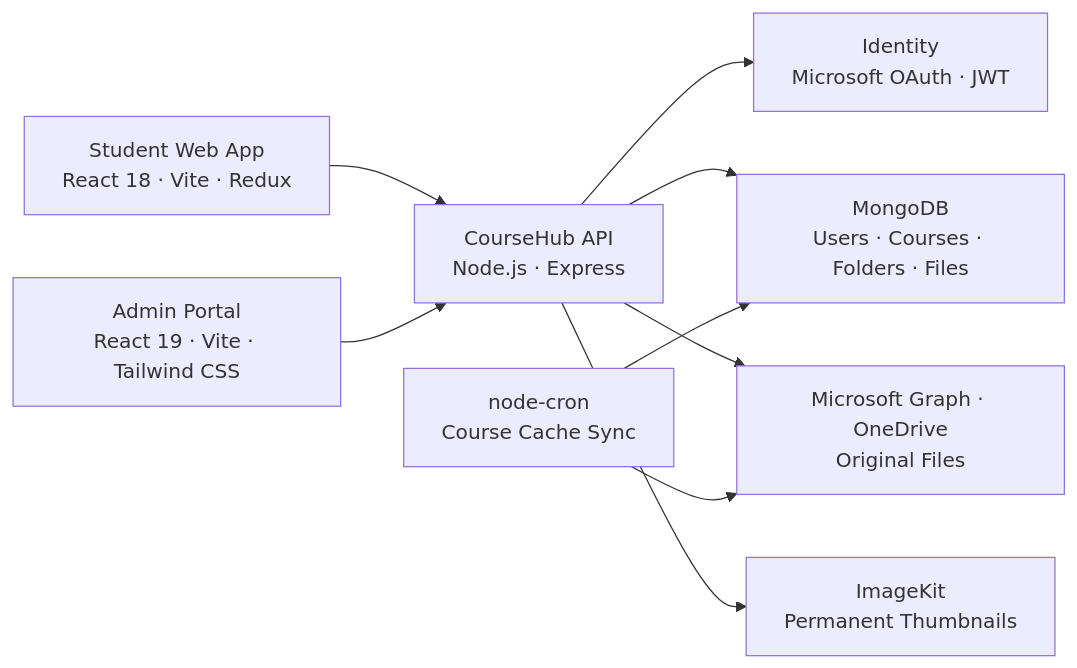
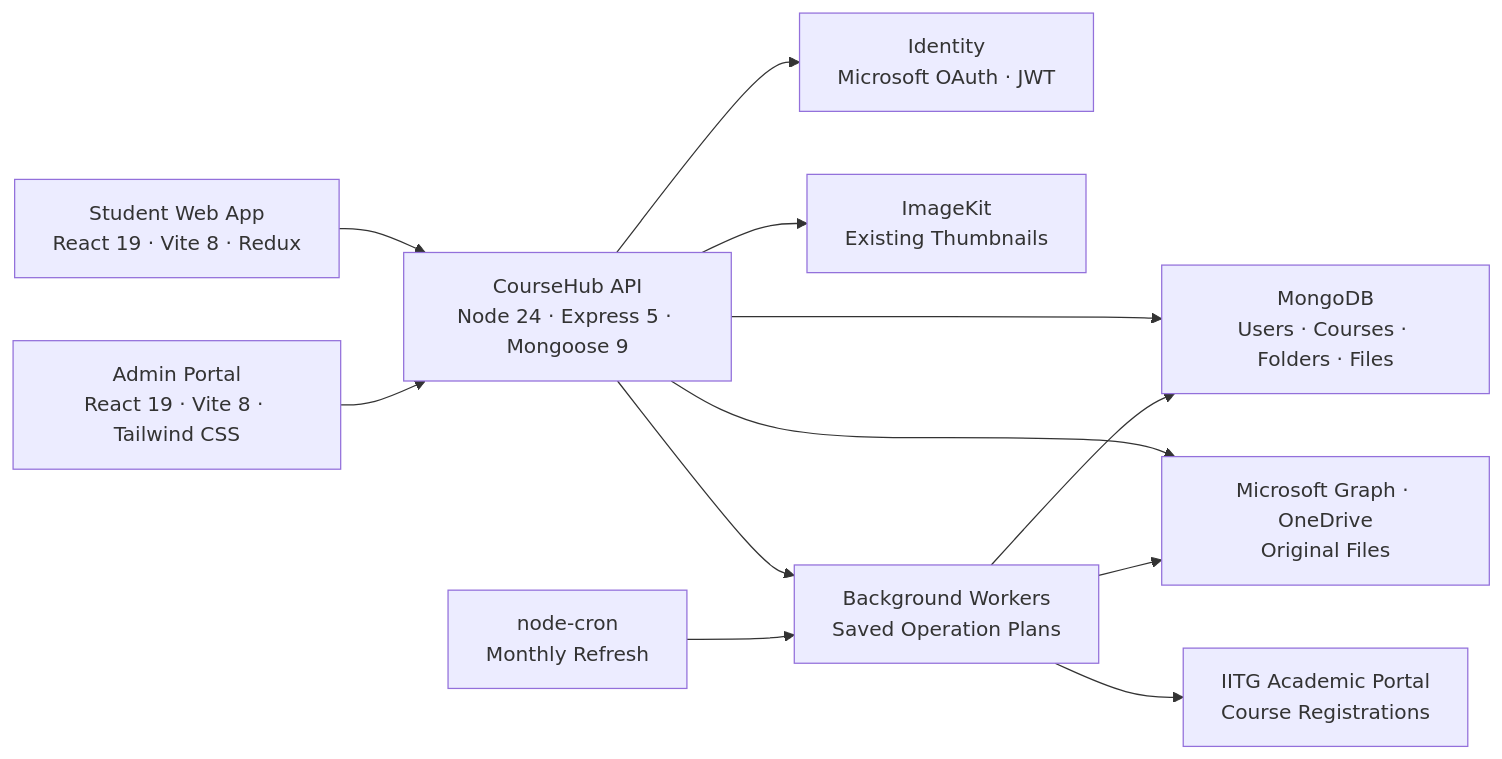
The diagram in README.md (Coding-Club-IITG/CourseHub), drawn with Mermaid before and after one commit. The commit also changed other lines of this file and 224 other files, not shown here.

````diff
--- a/README.md
+++ b/README.md
@@ -117,20 +119,25 @@
 ```mermaid
 graph LR
-    Student["Student Web App<br/>React 18 · Vite · Redux"]
-    Admin["Admin Portal<br/>React 19 · Vite · Tailwind CSS"]
-    API["CourseHub API<br/>Node.js · Express"]
+    Student["Student Web App<br/>React 19 · Vite 8 · Redux"]
+    Admin["Admin Portal<br/>React 19 · Vite 8 · Tailwind CSS"]
+    API["CourseHub API<br/>Node 24 · Express 5 · Mongoose 9"]
     Auth["Identity<br/>Microsoft OAuth · JWT"]
     DB["MongoDB<br/>Users · Courses · Folders · Files"]
     Storage["Microsoft Graph · OneDrive<br/>Original Files"]
-    Media["ImageKit<br/>Permanent Thumbnails"]
-    Jobs["node-cron<br/>Course Cache Sync"]
+    Media["ImageKit<br/>Existing Thumbnails"]
+    Jobs["Background Workers<br/>Saved Operation Plans"]
+    Academic["IITG Academic Portal<br/>Course Registrations"]
+    Schedule["node-cron<br/>Monthly Refresh"]
 
     Student --> API
     Admin --> API
     API --> Auth
     API --> DB
     API --> Storage
     API --> Media
+    API --> Jobs
+    Schedule --> Jobs
     Jobs --> DB
     Jobs --> Storage
+    Jobs --> Academic
 ```
````
